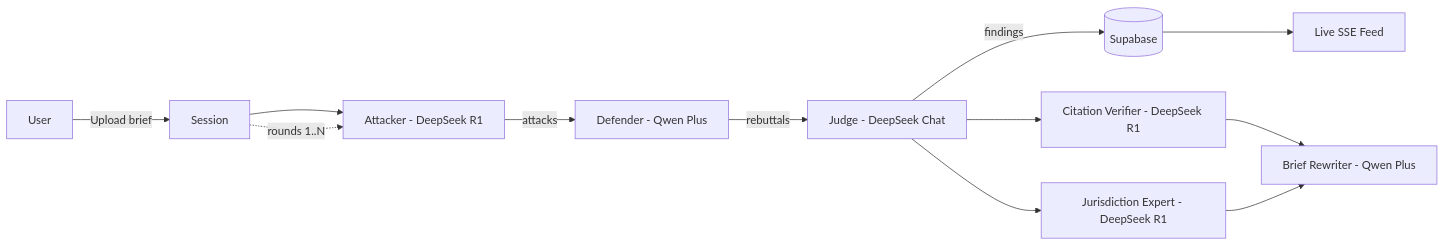
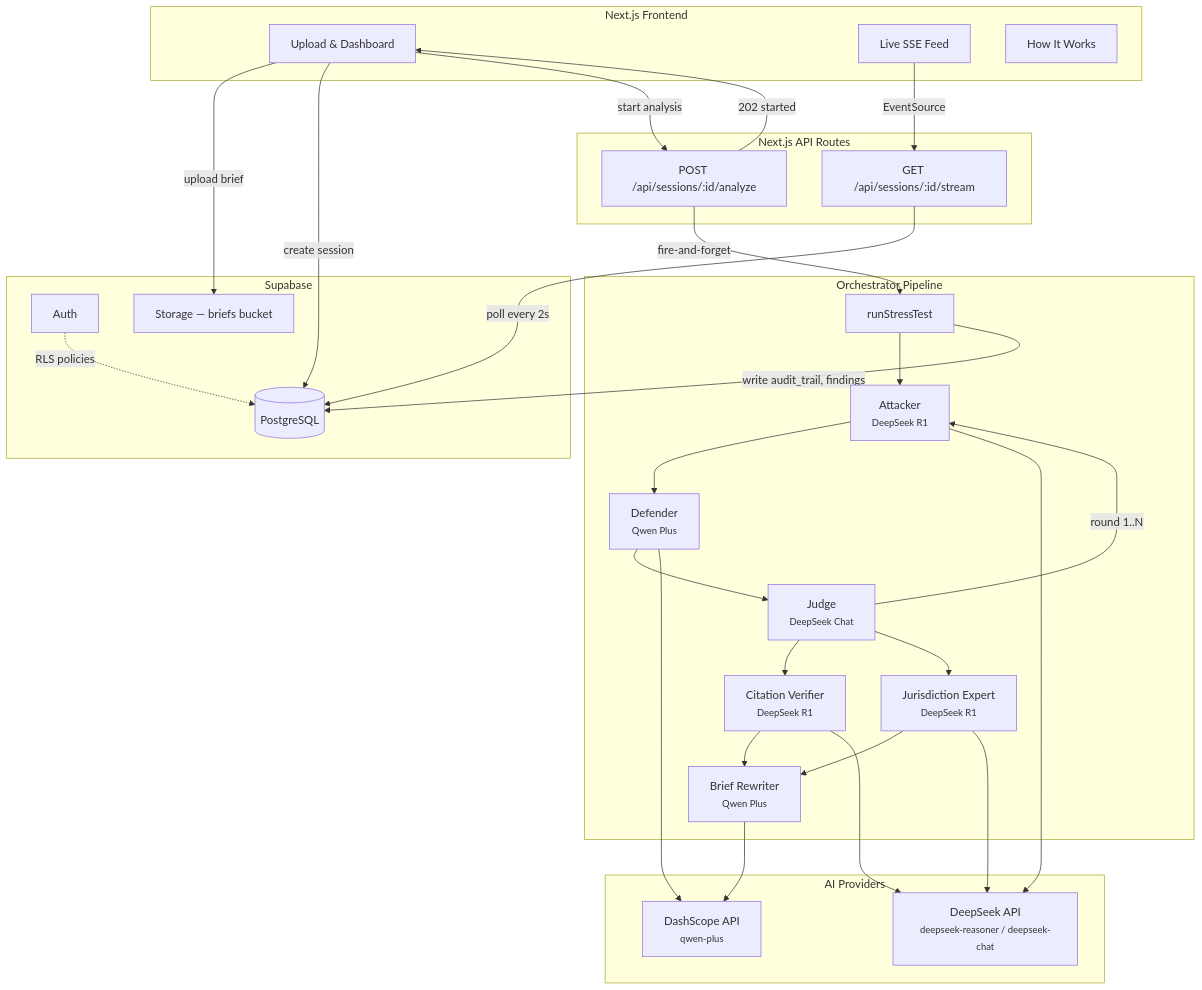
The first of 2 diagrams in apps/law-adversarial/README.md (v9ai/ai-apps), drawn with Mermaid before and after one commit. The commit also changed other lines of this file and 51 other files, not shown here.

````diff
--- a/apps/law-adversarial/README.md
+++ b/apps/law-adversarial/README.md
@@ -7,13 +7,53 @@
 ```mermaid
-graph LR
-    U[User] -->|Upload brief| S[Session]
-    S --> A[Attacker - DeepSeek R1]
-    A -->|attacks| D[Defender - Qwen Plus]
-    D -->|rebuttals| J[Judge - DeepSeek Chat]
-    J -->|findings| DB[(Supabase)]
-    DB --> UI[Live SSE Feed]
-    S -.->|rounds 1..N| A
-    J --> CV[Citation Verifier - DeepSeek R1]
-    J --> JE[Jurisdiction Expert - DeepSeek R1]
-    CV & JE --> BR[Brief Rewriter - Qwen Plus]
+graph TB
+    subgraph Client["Next.js Frontend"]
+        UI[Upload & Dashboard]
+        Live[Live SSE Feed]
+        HW[How It Works]
+    end
+
+    subgraph API["Next.js API Routes"]
+        Analyze["POST /api/sessions/:id/analyze"]
+        Stream["GET /api/sessions/:id/stream"]
+    end
+
+    subgraph Pipeline["Orchestrator Pipeline"]
+        Orch[runStressTest]
+        ATK["Attacker<br/><small>DeepSeek R1</small>"]
+        DEF["Defender<br/><small>Qwen Plus</small>"]
+        JDG["Judge<br/><small>DeepSeek Chat</small>"]
+        CV["Citation Verifier<br/><small>DeepSeek R1</small>"]
+        JE["Jurisdiction Expert<br/><small>DeepSeek R1</small>"]
+        BR["Brief Rewriter<br/><small>Qwen Plus</small>"]
+    end
+
+    subgraph Providers["AI Providers"]
+        DS["DeepSeek API<br/><small>deepseek-reasoner / deepseek-chat</small>"]
+        QW["DashScope API<br/><small>qwen-plus</small>"]
+    end
+
+    subgraph Supabase["Supabase"]
+        DB[(PostgreSQL)]
+        Auth[Auth]
+        Storage[Storage — briefs bucket]
+    end
+
+    UI -->|upload brief| Storage
+    UI -->|create session| DB
+    UI -->|start analysis| Analyze
+    Analyze -->|fire-and-forget| Orch
+    Analyze -->|202 started| UI
+    Live -->|EventSource| Stream
+    Stream -->|poll every 2s| DB
+
+    Orch --> ATK --> DEF --> JDG
+    JDG -->|round 1..N| ATK
+    JDG --> CV & JE
+    CV & JE --> BR
+
+    ATK & CV & JE --> DS
+    DEF & BR --> QW
+
+    Orch -->|write audit_trail, findings| DB
+    Auth -.->|RLS policies| DB
 ```
````
